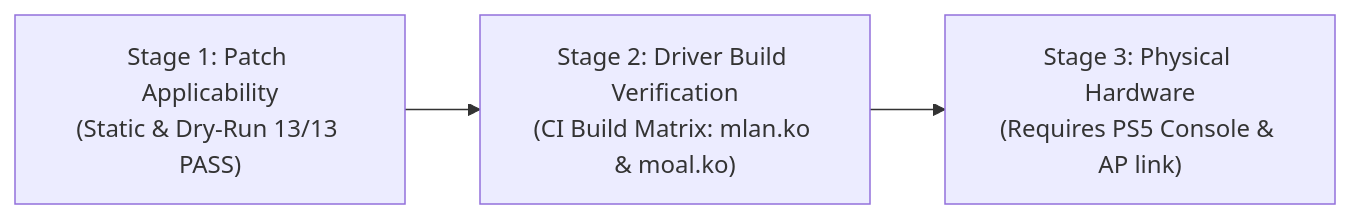
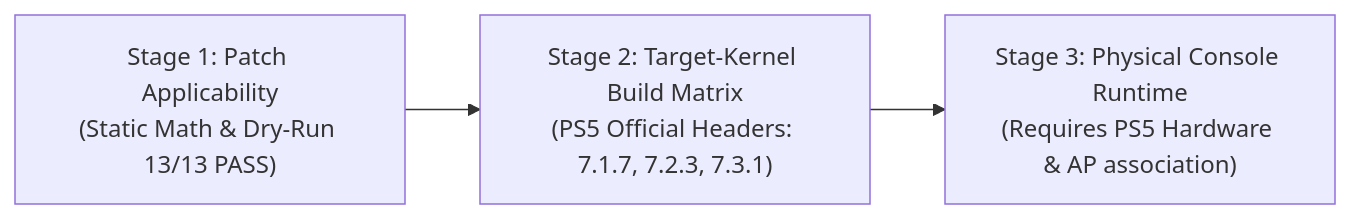
The diagram in patches/wifi/PS5_WIFI_DRIVER_FIX_README.md (ps5-linux/ps5-linux-loader), drawn with Mermaid before and after one commit. The commit also changed other lines of this file and 2 other files, not shown here.

Commit message:
feat(wifi): implement PS5 kernel target build matrix and version-aware patching

````diff
--- a/patches/wifi/PS5_WIFI_DRIVER_FIX_README.md
+++ b/patches/wifi/PS5_WIFI_DRIVER_FIX_README.md
@@ -67,5 +73,5 @@
 ```mermaid
 flowchart LR
-    A["Stage 1: Patch Applicability\n(Static & Dry-Run 13/13 PASS)"] --> B["Stage 2: Driver Build Verification\n(CI Build Matrix: mlan.ko & moal.ko)"]
-    B --> C["Stage 3: Physical Hardware\n(Requires PS5 Console & AP link)"]
+    A["Stage 1: Patch Applicability\n(Static Math & Dry-Run 13/13 PASS)"] --> B["Stage 2: Target-Kernel Build Matrix\n(PS5 Official Headers: 7.1.7, 7.2.3, 7.3.1)"]
+    B --> C["Stage 3: Physical Console Runtime\n(Requires PS5 Hardware & AP association)"]
 ```
````
